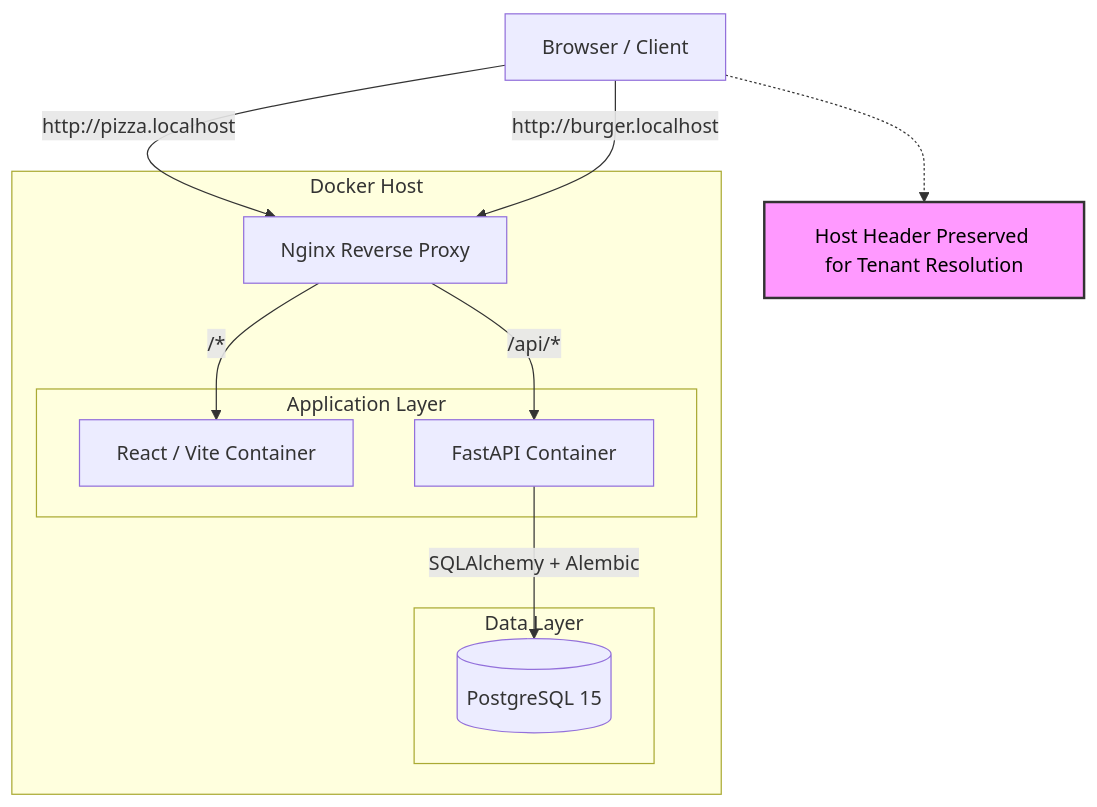
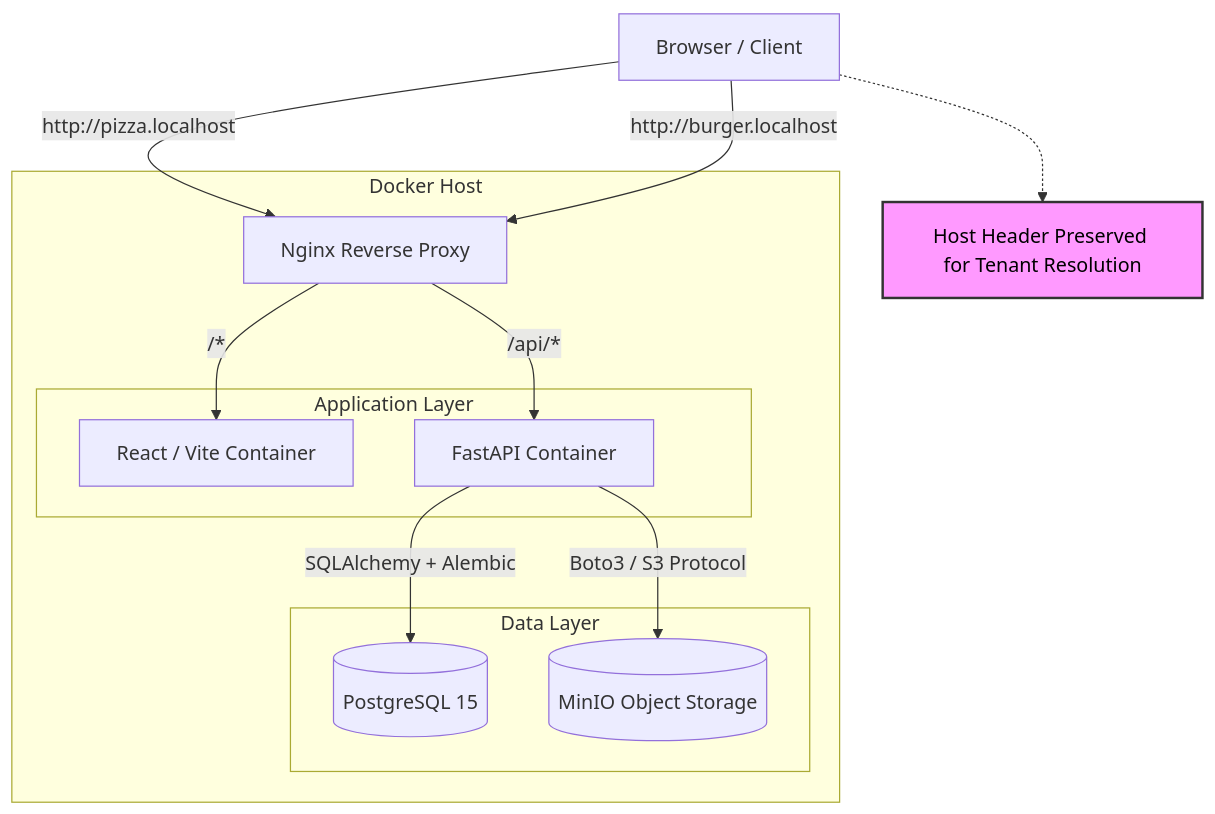
Before and after one commit to Jessevdz/OmniOrder: the first of 3 diagrams in docs/architecture.md, drawn with Mermaid. The commit also changed other lines of this file and 9 other files, not shown here.

````diff
--- a/docs/architecture.md
+++ b/docs/architecture.md
@@ -16,29 +18,31 @@
 ```mermaid
 graph TD
     Client[Browser / Client]
     subgraph "Docker Host"
         Nginx[Nginx Reverse Proxy]
         
         subgraph "Application Layer"
             Web[React / Vite Container]
             API[FastAPI Container]
         end
         
         subgraph "Data Layer"
             DB[(PostgreSQL 15)]
+            MinIO[(MinIO Object Storage)]
         end
     end
 
     Client -->|http://pizza.localhost| Nginx
     Client -->|http://burger.localhost| Nginx
     
     Nginx -->|/api/*| API
     Nginx -->|/*| Web
     
     API -->|SQLAlchemy + Alembic| DB
+    API -->|Boto3 / S3 Protocol| MinIO
     
     note[Host Header Preserved for Tenant Resolution]
     style note fill:#f9f,stroke:#333,stroke-width:2px,color:black
     Client -.-> note
 
 ```
````
